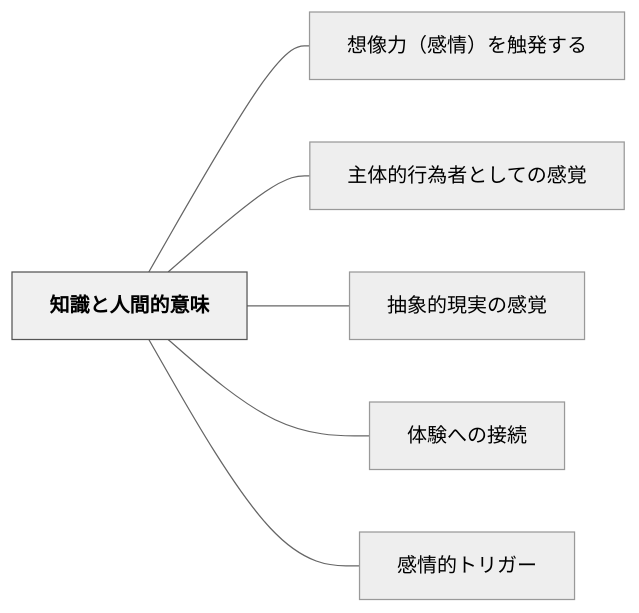
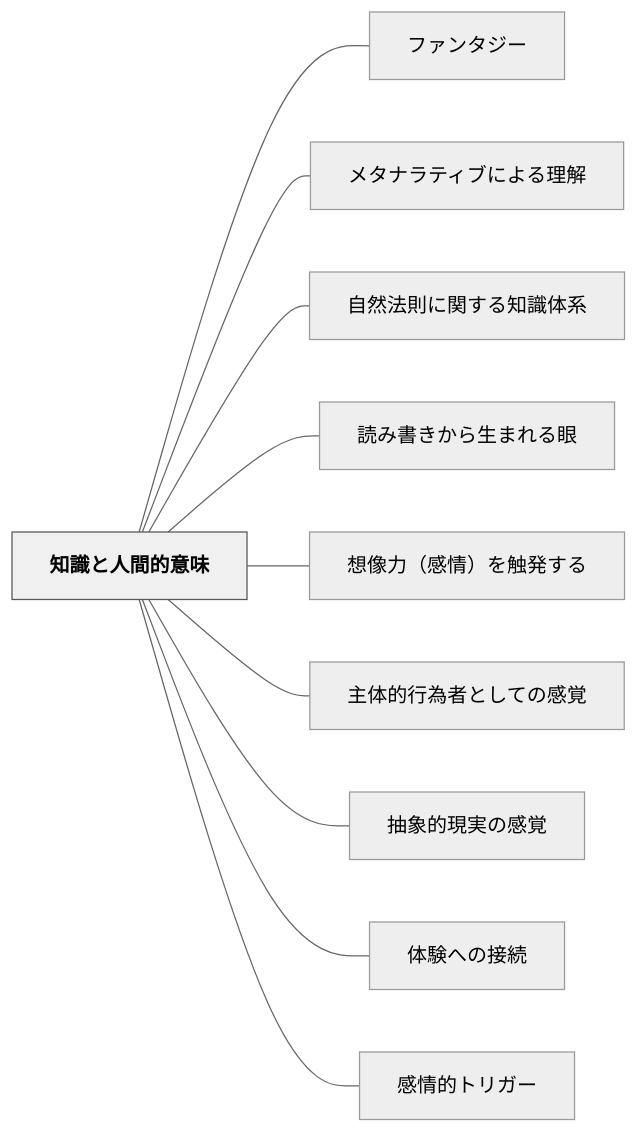
One commit to unknownthings-ed-patterns/unknownthings-ed-patterns changed the diagram in content/パタン/知識と人間的意味.md. Above: the diagram before and after it, drawn with Mermaid (neutral theme). The commit also changed other lines of this file and 473 other files, not shown here.

````diff
--- a/content/パタン/知識と人間的意味.md
+++ b/content/パタン/知識と人間的意味.md
@@ -48,18 +52,26 @@
 ```mermaid
 flowchart LR
     ne79fa5e8ad98["知識と人間的意味"]
+    ne38395e382a1["ファンタジー"]
+    ne383a1e382bf["メタナラティブによる理解"]
+    ne887aae784b6["自然法則に関する知識体系"]
+    ne8aaade381bf["読み書きから生まれる眼"]
     ne683b3e5838f["想像力（感情）を触発する"]
     ne4b8bbe4bd93["主体的行為者としての感覚"]
     ne68abde8b1a1["抽象的現実の感覚"]
     ne4bd93e9a893["体験への接続"]
     ne6849fe68385["感情的トリガー"]
 
+    ne79fa5e8ad98 --- ne38395e382a1
+    ne79fa5e8ad98 --- ne383a1e382bf
+    ne79fa5e8ad98 --- ne887aae784b6
+    ne79fa5e8ad98 --- ne8aaade381bf
     ne79fa5e8ad98 --- ne683b3e5838f
     ne79fa5e8ad98 --- ne4b8bbe4bd93
     ne79fa5e8ad98 --- ne68abde8b1a1
     ne79fa5e8ad98 --- ne4bd93e9a893
     ne79fa5e8ad98 --- ne6849fe68385
 
     classDef hub fill:#f0f0f0,stroke:#555,color:#000,font-weight:bold
     class ne79fa5e8ad98 hub
 ```
````
